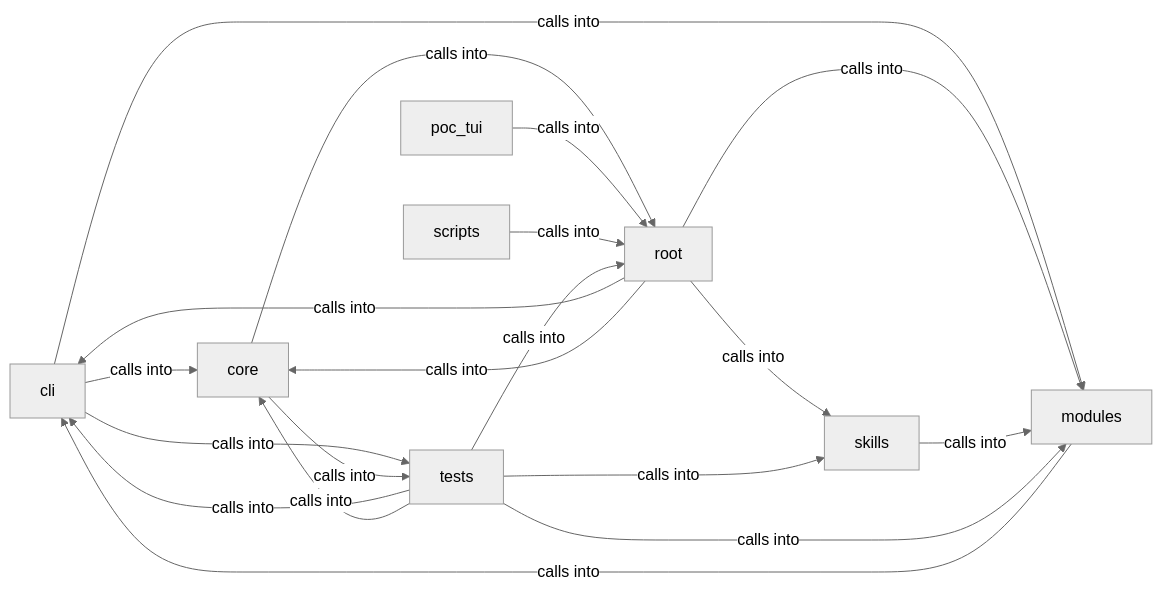
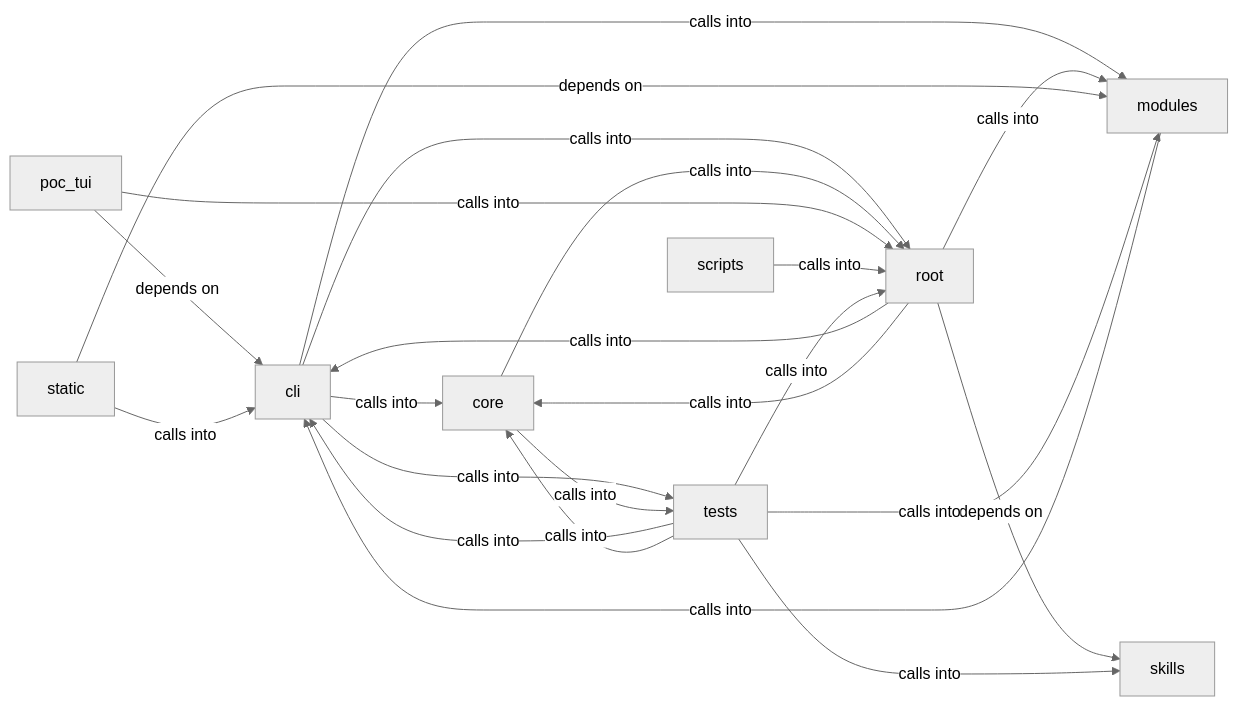
One commit to grisuno/LazyOwn changed the diagram in readmenator-diagrams/cli.md. Above: the diagram before and after it, drawn with Mermaid (neutral theme). The commit also changed other lines of this file and 424 other files, not shown here.

````diff
--- a/readmenator-diagrams/cli.md
+++ b/readmenator-diagrams/cli.md
@@ -5,29 +5,33 @@
 ```mermaid
 graph LR
     cli["cli"]
     core["core"]
     modules["modules"]
     poc_tui["poc_tui"]
     root["root"]
     scripts["scripts"]
     skills["skills"]
+    static["static"]
     tests["tests"]
     cli -- "calls into" --> core
     cli -- "calls into" --> modules
+    cli -- "calls into" --> root
     cli -- "calls into" --> tests
     core -- "calls into" --> root
     core -- "calls into" --> tests
     modules -- "calls into" --> cli
+    poc_tui -- "depends on" --> cli
     poc_tui -- "calls into" --> root
     root -- "calls into" --> cli
     root -- "calls into" --> core
     root -- "calls into" --> modules
-    root -- "calls into" --> skills
+    root -- "depends on" --> skills
     scripts -- "calls into" --> root
-    skills -- "calls into" --> modules
+    static -- "calls into" --> cli
+    static -- "depends on" --> modules
     tests -- "calls into" --> cli
     tests -- "calls into" --> core
     tests -- "calls into" --> modules
     tests -- "calls into" --> root
     tests -- "calls into" --> skills
 ```
````
